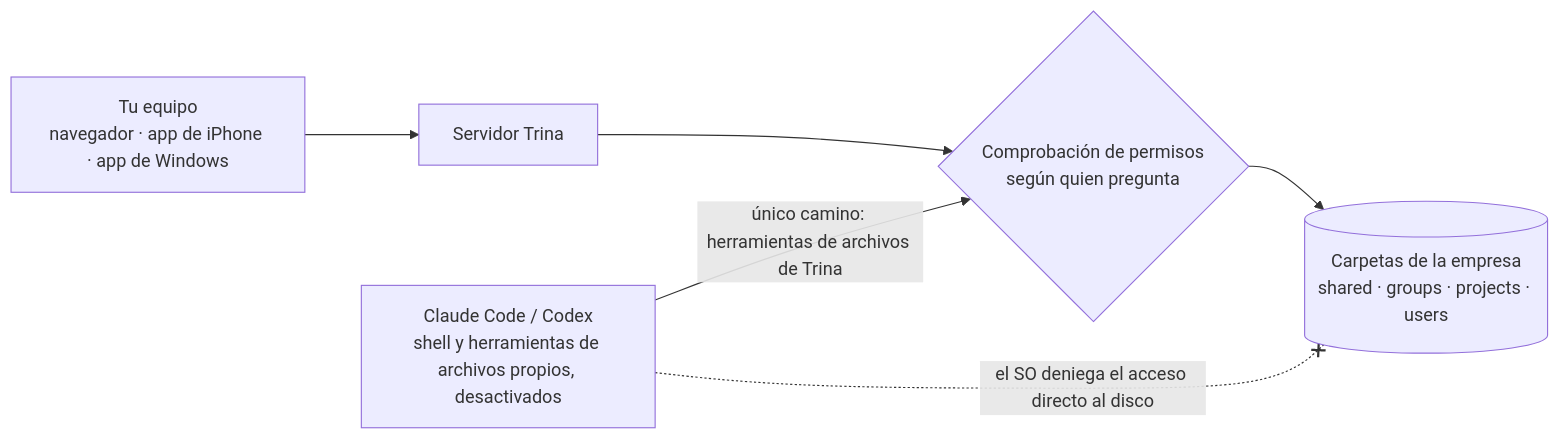
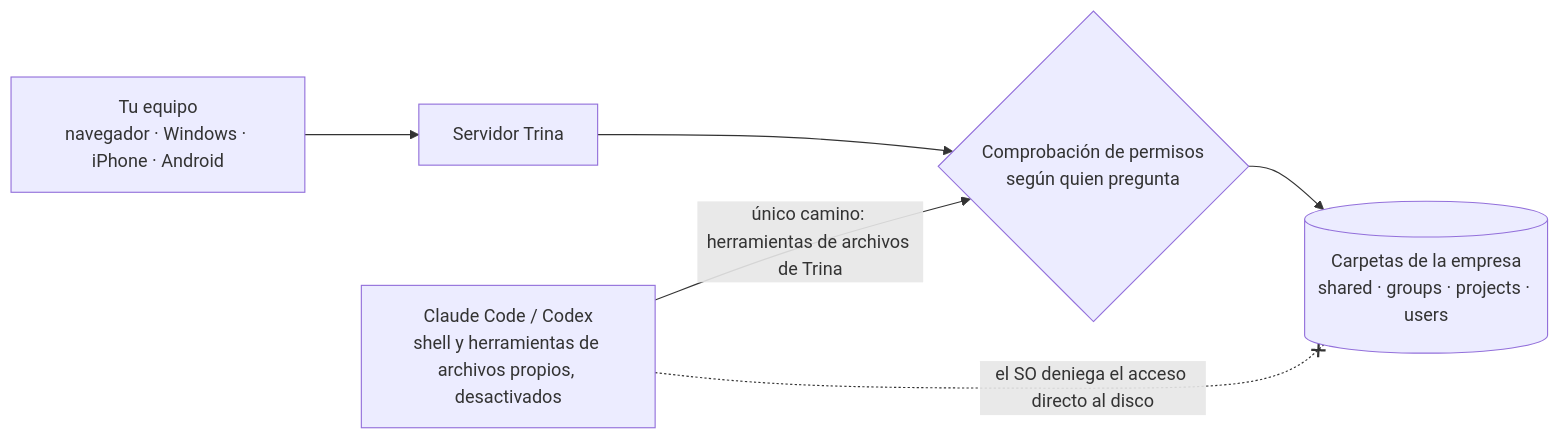
Before and after one commit to trina-app/trina-ax: the diagram in README.es.md, drawn with Mermaid. The commit also changed other lines of this file and 4 other files, not shown here.

````diff
--- a/README.es.md
+++ b/README.es.md
@@ -95,8 +77,8 @@
 ```mermaid
 flowchart LR
-  P["Tu equipo<br/>navegador · app de iPhone · app de Windows"] --> S["Servidor Trina"]
+  P["Tu equipo<br/>navegador · Windows · iPhone · Android"] --> S["Servidor Trina"]
   E["Claude Code / Codex<br/>shell y herramientas de archivos propios, desactivados"] -->|"único camino: herramientas de archivos de Trina"| C{"Comprobación de permisos<br/>según quien pregunta"}
   S --> C
   C --> D[("Carpetas de la empresa<br/>shared · groups · projects · users")]
   E -. "el SO deniega el acceso directo al disco" .-x D
 ```
````
